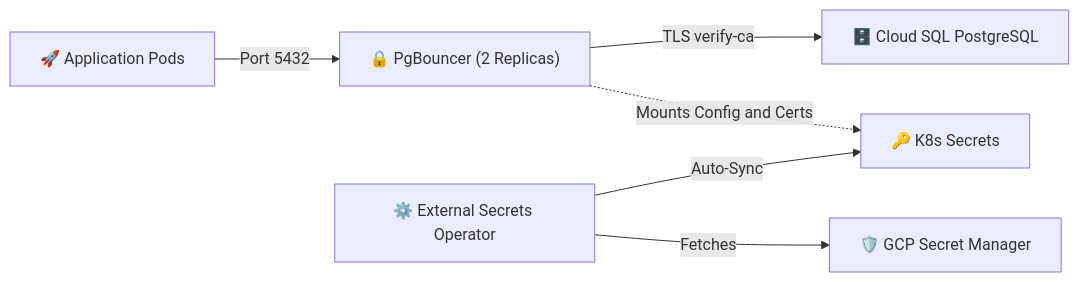
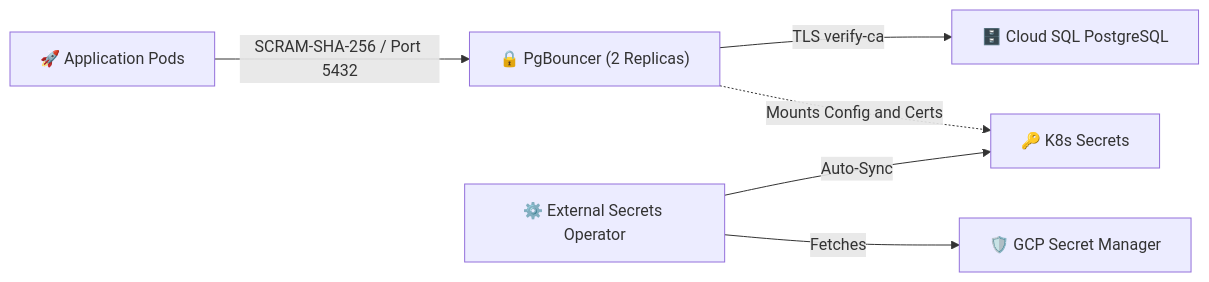
Before and after one commit to epsilon101-dev/k8s-pgbouncer: the diagram in README.md, drawn with Mermaid.

Commit message:
docs: add SCRAM-SHA-256 label to topology diagram in README

````diff
--- a/README.md
+++ b/README.md
@@ -9,9 +9,9 @@
 ```mermaid
 graph LR
-    App["🚀 Application Pods"] -->|Port 5432| PB["🔒 PgBouncer (2 Replicas)"]
+    App["🚀 Application Pods"] -->|SCRAM-SHA-256 / Port 5432| PB["🔒 PgBouncer (2 Replicas)"]
     PB -->|TLS verify-ca| SQL["🗄️ Cloud SQL PostgreSQL"]
 
     PB -.->|Mounts Config and Certs| Sec["🔑 K8s Secrets"]
     ESO["⚙️ External Secrets Operator"] -->|Auto-Sync| Sec
     ESO -->|Fetches| GSM["🛡️ GCP Secret Manager"]
 ```
````
